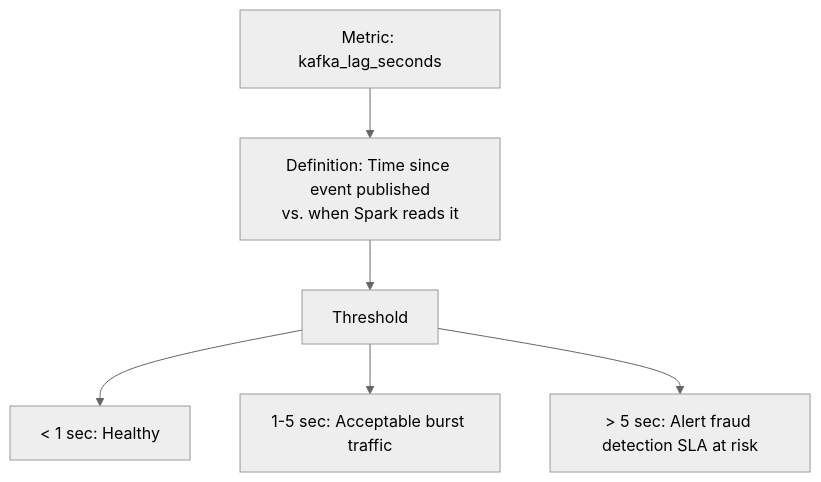
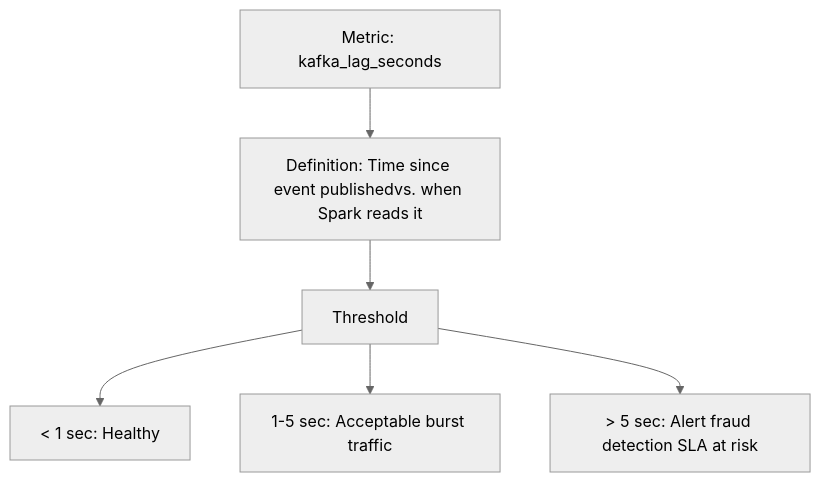
One commit to naren-chakraview/chakraview-fintech-data-mesh changed the sixth of 8 diagrams in docs/architecture/real-time-vs-analytics.md. Above: the diagram before and after it, drawn with Mermaid (neutral theme). The commit also changed other lines of this file and 9 other files, not shown here.

Commit message:
fix: remove HTML br tags from mermaid diagrams and fix diagram syntax for v11 compatibility

````diff
--- a/docs/architecture/real-time-vs-analytics.md
+++ b/docs/architecture/real-time-vs-analytics.md
@@ -289,9 +289,9 @@
 ```mermaid
 graph TD
     A["Metric: kafka_lag_seconds"]
-    A --> B["Definition: Time since event published<br/>vs. when Spark reads it"]
+    A --> B["Definition: Time since event publishedvs. when Spark reads it"]
     B --> C["Threshold"]
     C --> C1["< 1 sec: Healthy"]
     C --> C2["1-5 sec: Acceptable burst traffic"]
     C --> C3["> 5 sec: Alert fraud detection SLA at risk"]
 ```
````
